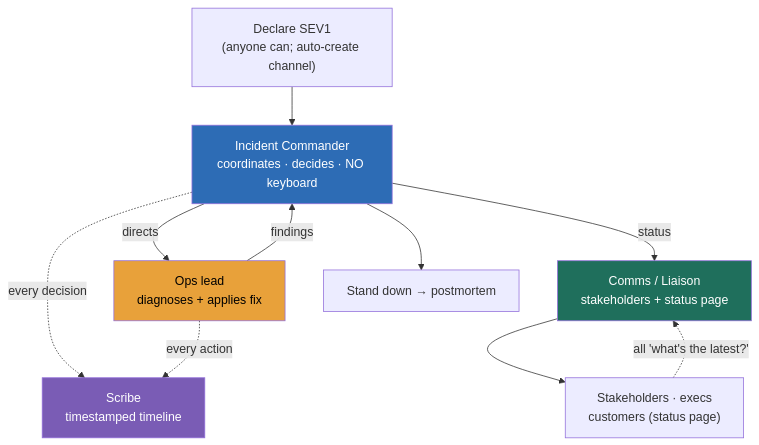
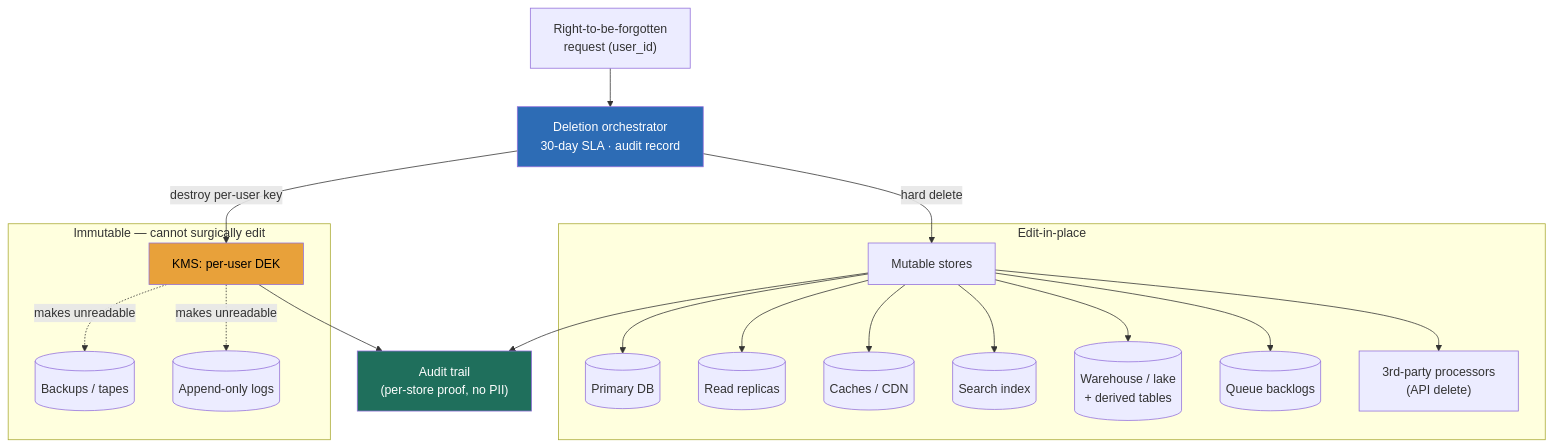
Before and after one commit to hkrathore/sysdesign-course: the diagram in src/content/docs/module-13/lesson-13-4.md, drawn with Mermaid. The commit also changed other lines of this file and 84 other files, not shown here.

````diff
--- a/src/content/docs/module-13/lesson-13-4.md
+++ b/src/content/docs/module-13/lesson-13-4.md
@@ -86,17 +67,24 @@
 ```mermaid
 flowchart TB
-    DECL["Declare SEV1<br/>(anyone can; auto-create channel)"] --> IC
-    IC["Incident Commander<br/>coordinates · decides · NO keyboard"]
-    IC -->|directs| OPS["Ops lead<br/>diagnoses + applies fix"]
-    OPS -->|findings| IC
-    IC -->|status| COMMS["Comms / Liaison<br/>stakeholders + status page"]
-    IC -.->|every decision| SCRIBE["Scribe<br/>timestamped timeline"]
-    OPS -.->|every action| SCRIBE
-    COMMS --> EXT["Stakeholders · execs<br/>customers (status page)"]
-    EXT -.->|all 'what's the latest?'| COMMS
-    IC --> STANDDOWN["Stand down → postmortem"]
-    style IC fill:#2d6cb5,color:#fff
-    style OPS fill:#e8a13a,color:#000
-    style COMMS fill:#1f6f5c,color:#fff
-    style SCRIBE fill:#7a5cb5,color:#fff
+    REQ["Right-to-be-forgotten<br/>request (user_id)"] --> ORCH["Deletion orchestrator<br/>30-day SLA · audit record"]
+    ORCH -->|hard delete| MUT["Mutable stores"]
+    ORCH -->|destroy per-user key| KEY["KMS: per-user DEK"]
+    subgraph MUTABLE["Edit-in-place"]
+      MUT --> PDB[("Primary DB")]
+      MUT --> REP[("Read replicas")]
+      MUT --> CACHE[("Caches / CDN")]
+      MUT --> SRCH[("Search index")]
+      MUT --> WH[("Warehouse / lake<br/>+ derived tables")]
+      MUT --> Q[("Queue backlogs")]
+      MUT --> THIRD["3rd-party processors<br/>(API delete)"]
+    end
+    subgraph IMMUT["Immutable — cannot surgically edit"]
+      KEY -.makes unreadable.-> BKP[("Backups / tapes")]
+      KEY -.makes unreadable.-> LOGS[("Append-only logs")]
+    end
+    MUT --> AUDIT["Audit trail<br/>(per-store proof, no PII)"]
+    KEY --> AUDIT
+    style ORCH fill:#2d6cb5,color:#fff
+    style KEY fill:#e8a13a,color:#000
+    style AUDIT fill:#1f6f5c,color:#fff
 ```
````
